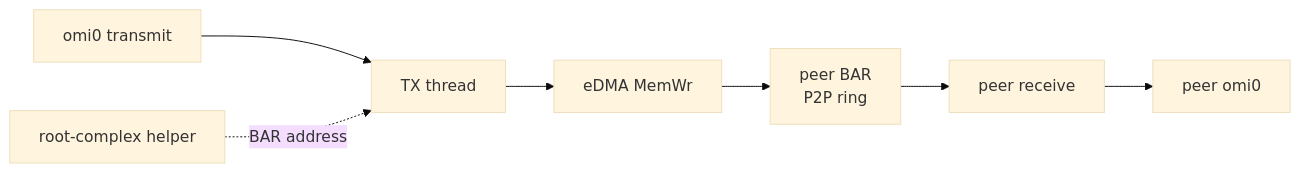
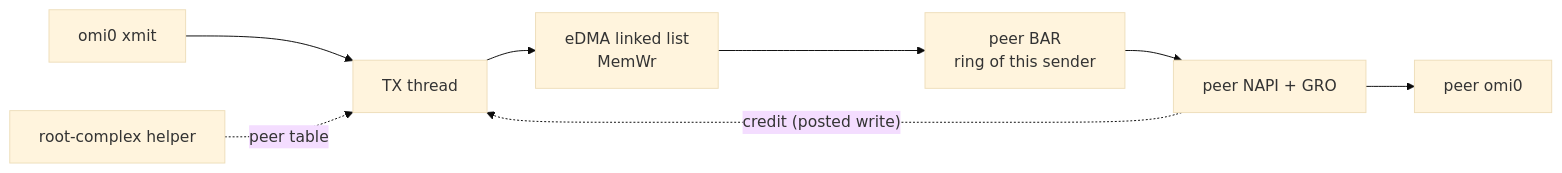
The second of 2 diagrams in README.md (roysbike/pcie-ep-net), drawn with Mermaid (base theme) before and after one commit. The commit also changed other lines of this file and 3 other files, not shown here.

First line of the commit message:
docs: architecture of protocol v4, Talos port, v4 benchmark

````diff
--- a/README.md
+++ b/README.md
@@ -51,9 +55,10 @@
 ```mermaid
 flowchart LR
-  SKB["omi0 transmit"] --> Q["TX thread"]
-  Q --> DMA["eDMA MemWr"]
-  DMA --> BAR["peer BAR<br/>P2P ring"]
-  BAR --> GRO["peer receive"]
-  GRO --> NET["peer omi0"]
-  HELPER["root-complex helper"] -.->|"BAR address"| Q
+  SKB["omi0 xmit"] --> Q["TX thread"]
+  Q --> DMA["eDMA linked list<br/>MemWr"]
+  DMA --> BAR["peer BAR<br/>ring of this sender"]
+  BAR --> NAPI["peer NAPI + GRO"]
+  NAPI --> NET["peer omi0"]
+  NAPI -.->|"credit (posted write)"| Q
+  HELPER["root-complex helper"] -.->|"peer table"| Q
 ```
````
